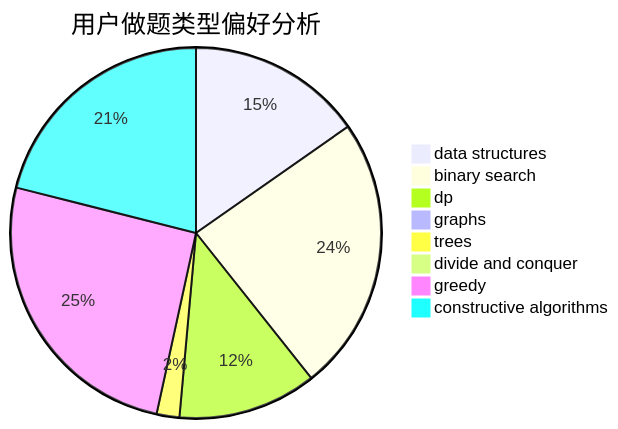
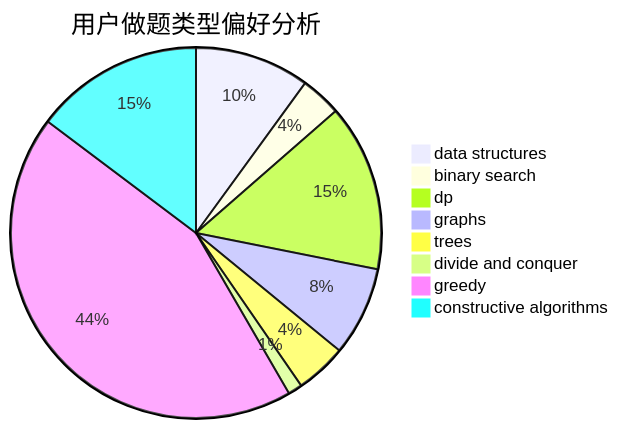
The second of 3 diagrams in docs/user/u52.md (sherpahu/cfrs.github.io), drawn with Mermaid before and after one commit. The commit also changed other lines of this file and 2770 other files, not shown here.

````diff
--- a/docs/user/u52.md
+++ b/docs/user/u52.md
@@ -23,11 +23,11 @@
 ```mermaid
 pie title 用户做题类型偏好分析
-    "data structures" :  246
-    "binary search" :  387
-    "dp" :  195
-    "graphs" :  12
-    "trees" :  32
-    "divide and conquer" :  16
-    "greedy" :  411
-    "constructive algorithms" :  339
+    "data structures" :  121
+    "binary search" :  43
+    "dp" :  176
+    "graphs" :  94
+    "trees" :  54
+    "divide and conquer" :  15
+    "greedy" :  527
+    "constructive algorithms" :  178
 ```
````
